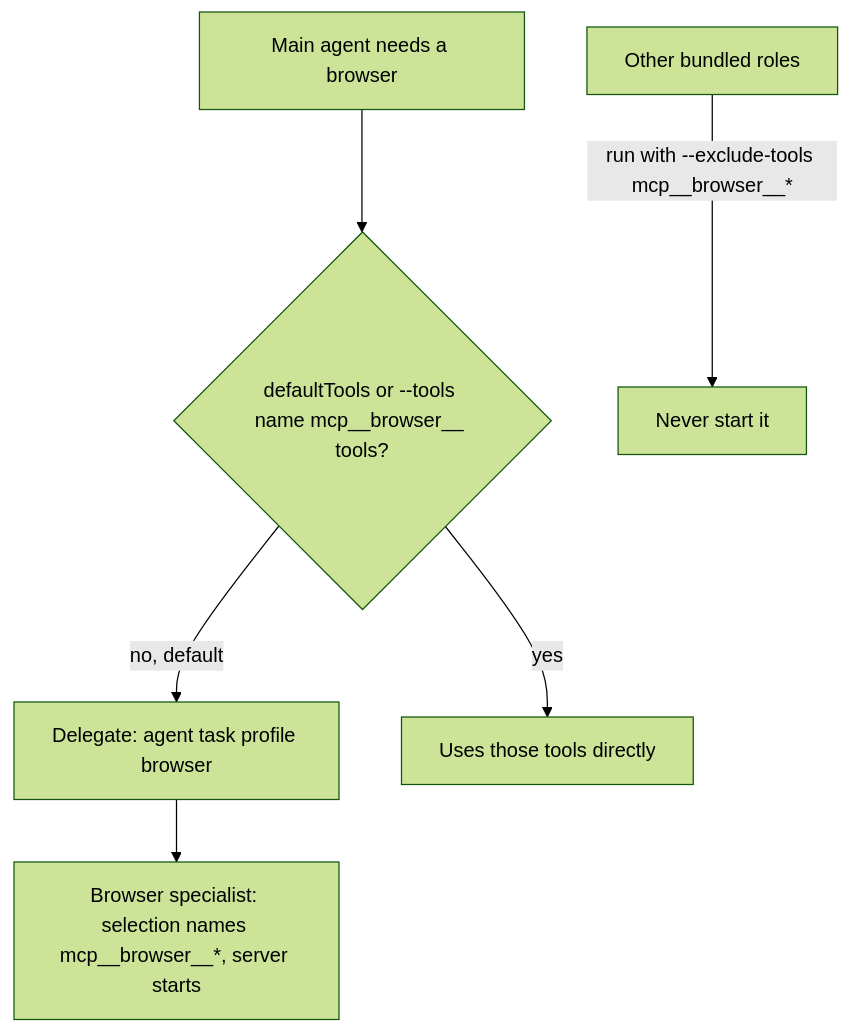
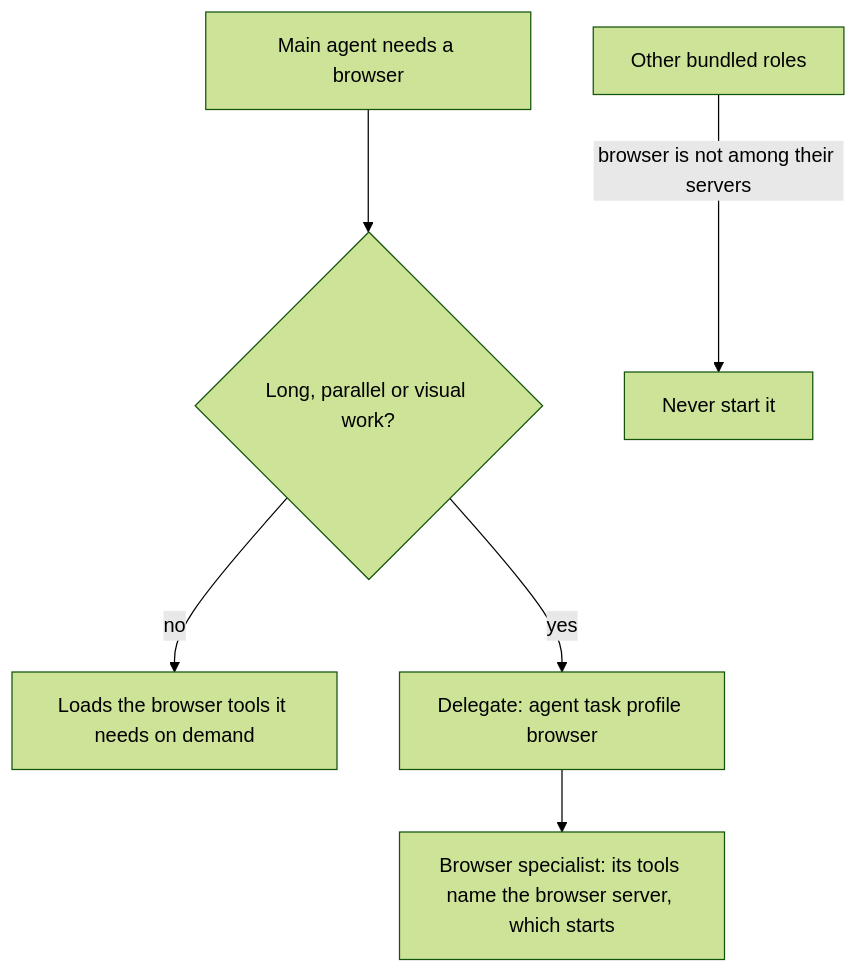
Before and after one commit to bgauryy/octocode-coding-agent: diagram 14 of 22 in packages/coding-agent/docs/native-features.md, drawn with Mermaid (forest theme). The commit also changed other lines of this file and 986 other files, not shown here.

````diff
--- a/packages/coding-agent/docs/native-features.md
+++ b/packages/coding-agent/docs/native-features.md
@@ -832,8 +847,8 @@
 ```mermaid
 flowchart TD
-  M[Main agent needs a browser] --> O{defaultTools or --tools name mcp__browser__ tools?}
-  O -->|no, default| D[Delegate: agent task profile browser]
-  O -->|yes| Direct[Uses those tools directly]
-  D --> BS[Browser specialist: selection names mcp__browser__*, server starts]
-  OS[Other bundled roles] -->|run with --exclude-tools mcp__browser__*| N[Never start it]
+  M[Main agent needs a browser] --> O{Long, parallel or visual work?}
+  O -->|no| Direct[Loads the browser tools it needs on demand]
+  O -->|yes| D[Delegate: agent task profile browser]
+  D --> BS[Browser specialist: its tools name the browser server, which starts]
+  OS[Other bundled roles] -->|browser is not among their servers| N[Never start it]
 ```
````
